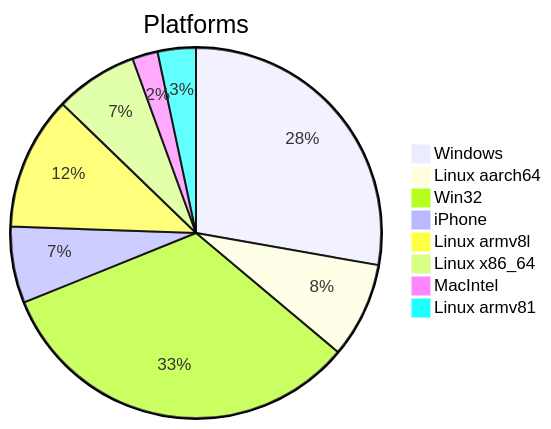
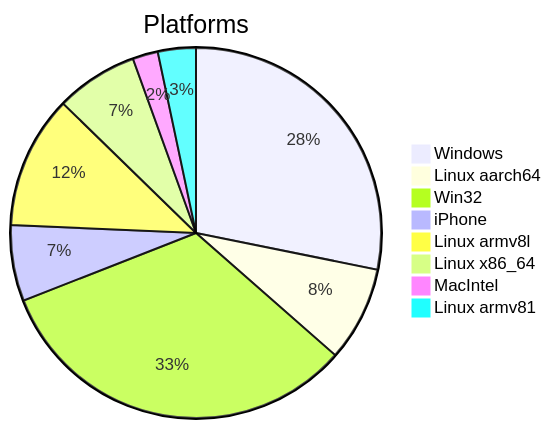
One commit to Krugou/socials changed the first of 2 diagrams in DATA_REPORT.md. Above: the diagram before and after it, drawn with Mermaid. The commit also changed other lines of this file and 2 other files, not shown here.

````diff
--- a/DATA_REPORT.md
+++ b/DATA_REPORT.md
@@ -9,11 +9,11 @@
 ```mermaid
 pie title Platforms
-    "Windows" : 50
+    "Windows" : 51
     "Linux aarch64" : 15
     "Win32" : 59
     "iPhone" : 12
     "Linux armv8l" : 21
     "Linux x86_64" : 13
     "MacIntel" : 4
     "Linux armv81" : 6
 ```
````
